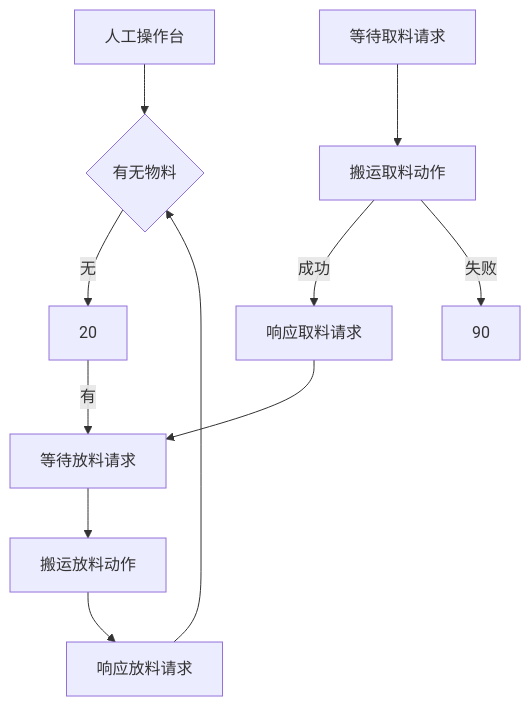
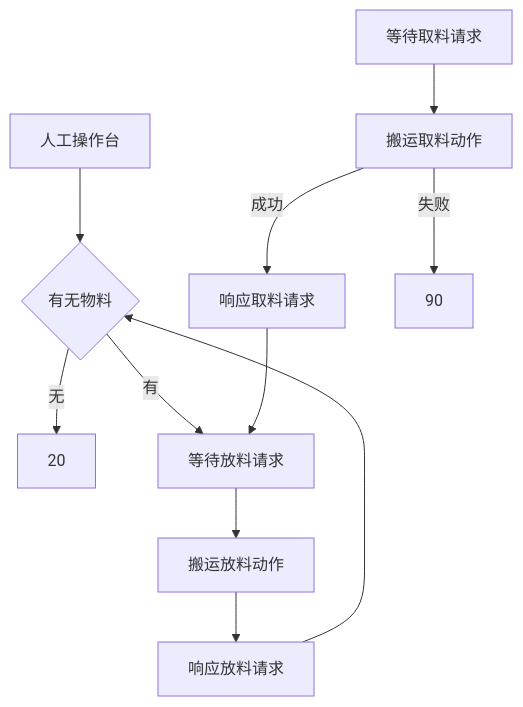
The diagram in all/未命名-4.md (PengKun1/iodraw-files), drawn with Mermaid before and after one commit.

Commit message:
2024-12-20 14:43:25 update

````diff
--- a/all/未命名-4.md
+++ b/all/未命名-4.md
@@ -1,13 +1,13 @@
 ```mermaid
 graph TD
 0[人工操作台]-->10
 10{有无物料}-->|无|20
-20-->|有|60
+10-->|有|60
 30[等待取料请求]-->40
 40[搬运取料动作]-->|成功|50
 40-->|失败|90
 50[响应取料请求]-->60
 60[等待放料请求]-->70
 70[搬运放料动作]-->80
 80[响应放料请求]-->10
 ```
````
